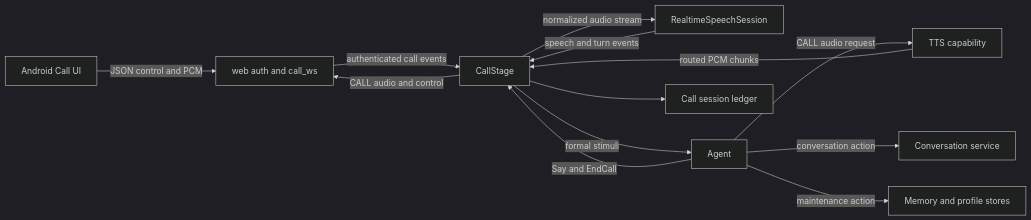
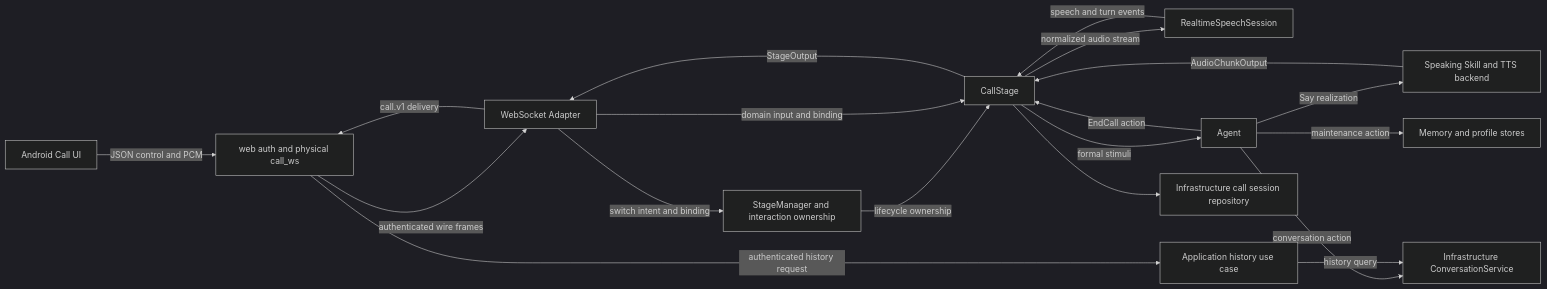
One commit to SheepLiu712/Agent-LuoTianyi changed the first of 2 diagrams in docs/开发进程文档/用户实时语音通话-spec.md. Above: the diagram before and after it, drawn with Mermaid (dark theme). The commit also changed other lines of this file and 2 other files, not shown here.

````diff
--- a/docs/开发进程文档/用户实时语音通话-spec.md
+++ b/docs/开发进程文档/用户实时语音通话-spec.md
@@ -356,25 +427,34 @@
 ```mermaid
 flowchart LR
     Android["Android Call UI"]
-    Web["web auth and call_ws"]
+    Web["web auth and physical call_ws"]
+    Adapter["WebSocket Adapter"]
+    Manager["StageManager and interaction ownership"]
     Stage["CallStage"]
     Speech["RealtimeSpeechSession"]
     Agent["Agent"]
-    TTS["TTS capability"]
-    Conversation["Conversation service"]
-    Ledger["Call session ledger"]
+    TTS["Speaking Skill and TTS backend"]
+    Conversation["Infrastructure ConversationService"]
+    History["Application history use case"]
+    Ledger["Infrastructure call session repository"]
     Memory["Memory and profile stores"]
 
     Android -->|"JSON control and PCM"| Web
-    Web -->|"authenticated call events"| Stage
+    Web -->|"authenticated wire frames"| Adapter
+    Adapter -->|"switch intent and binding"| Manager
+    Manager -->|"lifecycle ownership"| Stage
+    Adapter -->|"domain input and binding"| Stage
     Stage -->|"normalized audio stream"| Speech
     Speech -->|"speech and turn events"| Stage
     Stage -->|"formal stimuli"| Agent
-    Agent -->|"Say and EndCall"| Stage
-    Agent -->|"CALL audio request"| TTS
-    TTS -->|"routed PCM chunks"| Stage
-    Stage -->|"CALL audio and control"| Web
+    Agent -->|"Say realization"| TTS
+    TTS -->|"AudioChunkOutput"| Stage
+    Agent -->|"EndCall action"| Stage
+    Stage -->|"StageOutput"| Adapter
+    Adapter -->|"call.v1 delivery"| Web
     Stage --> Ledger
     Agent -->|"conversation action"| Conversation
     Agent -->|"maintenance action"| Memory
+    Web -->|"authenticated history request"| History
+    History -->|"history query"| Conversation
 ```
````
